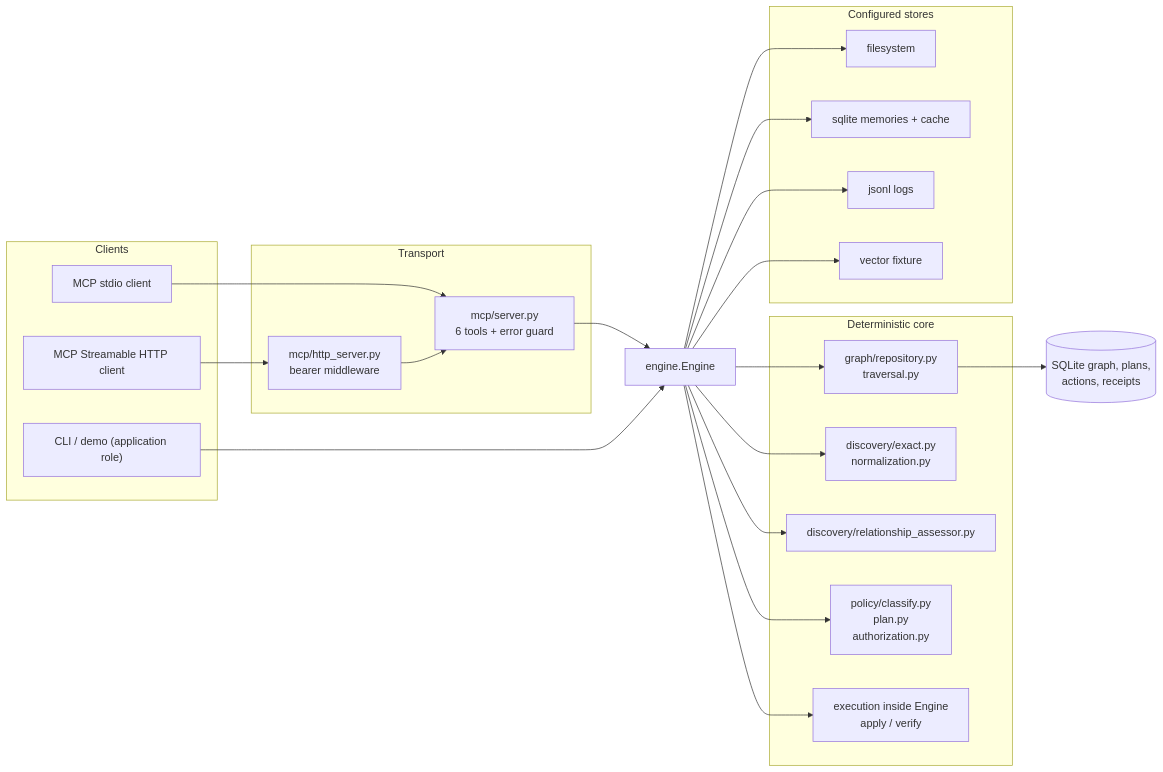
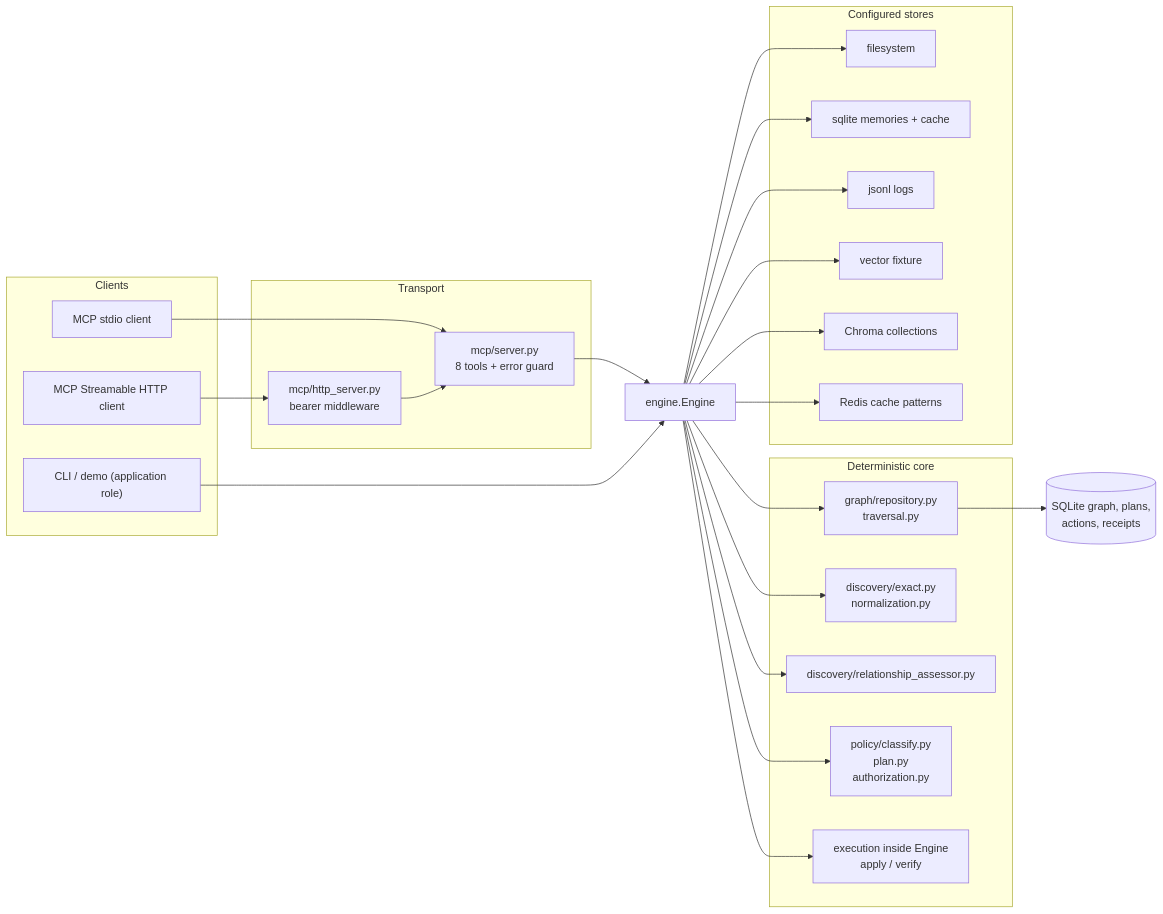
One commit to khasim007q/Redacto changed the first of 5 diagrams in docs/architecture.md. Above: the diagram before and after it, drawn with Mermaid. The commit also changed other lines of this file and 62 other files, not shown here.

````diff
--- a/docs/architecture.md
+++ b/docs/architecture.md
@@ -10,40 +10,44 @@
 ```mermaid
 flowchart LR
     subgraph clients["Clients"]
         A["MCP stdio client"]
         B["MCP Streamable HTTP client"]
         C["CLI / demo (application role)"]
     end
     subgraph transport["Transport"]
-        S["mcp/server.py<br/>6 tools + error guard"]
+        S["mcp/server.py<br/>8 tools + error guard"]
         H["mcp/http_server.py<br/>bearer middleware"]
     end
     E["engine.Engine"]
     subgraph core["Deterministic core"]
         G["graph/repository.py<br/>traversal.py"]
         D["discovery/exact.py<br/>normalization.py"]
         R["discovery/relationship_assessor.py"]
         P["policy/classify.py<br/>plan.py<br/>authorization.py"]
         X["execution inside Engine<br/>apply / verify"]
     end
     subgraph stores["Configured stores"]
         F["filesystem"]
         Q["sqlite memories + cache"]
         L["jsonl logs"]
         V["vector fixture"]
+        CH["Chroma collections"]
+        RC["Redis cache patterns"]
     end
     DB[("SQLite graph, plans,<br/>actions, receipts")]
     A --> S --> E
     B --> H --> S
     C --> E
     E --> G
     E --> D
     E --> R
     E --> P
     E --> X
     G --> DB
     E --> F
     E --> Q
     E --> L
     E --> V
+    E --> CH
+    E --> RC
 ```
````
